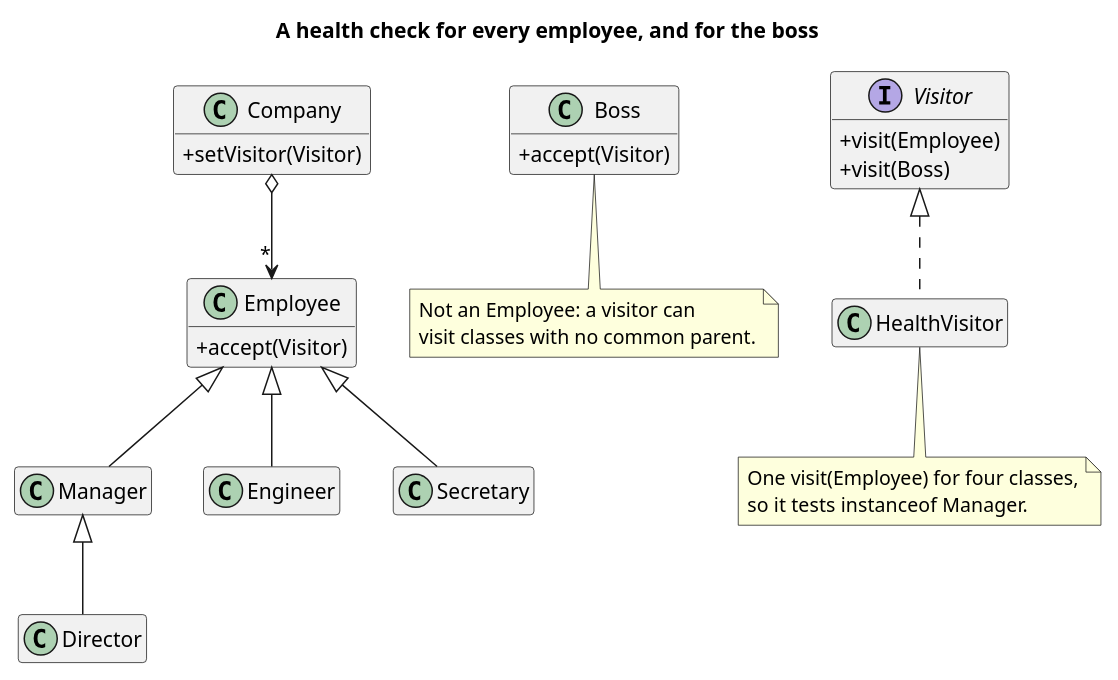
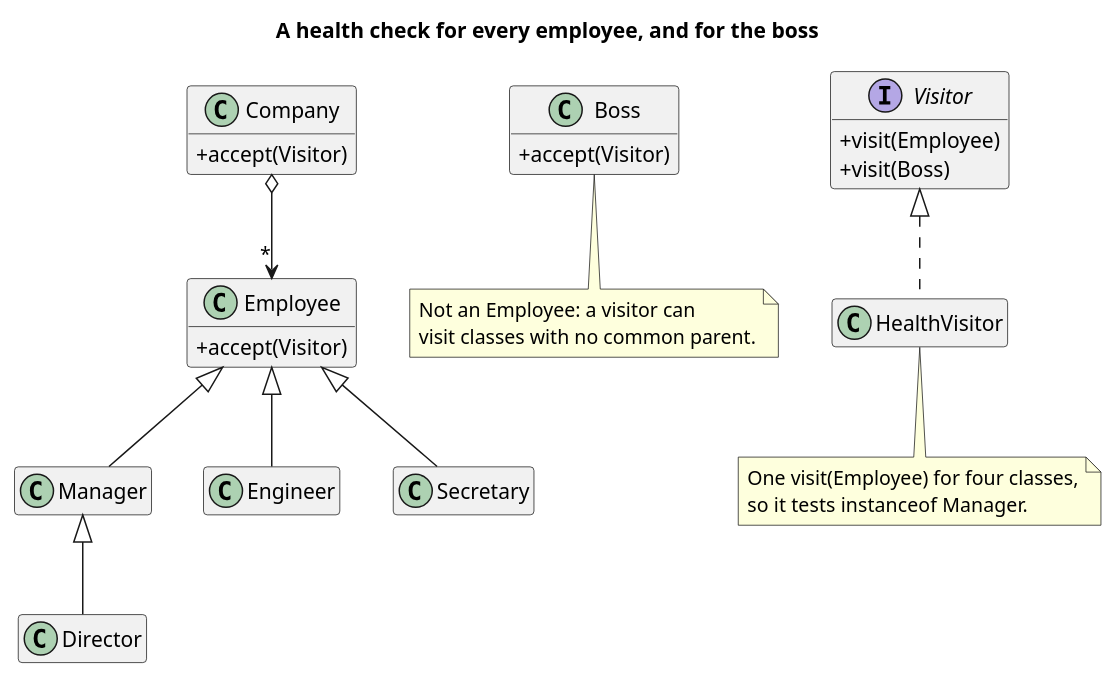
Before and after one commit to kaldiroglu/DesignPatternsWithJava: the diagram in src/main/java/dev/kaldiroglu/dp/behavioral/visitor/factory/uml/Visitor - Factory - Class Diagram.puml, drawn with PlantUML. The commit also changed 10 other files, not shown here.

```diff
--- a/src/main/java/dev/kaldiroglu/dp/behavioral/visitor/factory/uml/Visitor - Factory - Class Diagram.puml
+++ b/src/main/java/dev/kaldiroglu/dp/behavioral/visitor/factory/uml/Visitor - Factory - Class Diagram.puml
@@ -1,37 +1,37 @@
 @startuml "Visitor - Factory - Class Diagram"
 skinparam classAttributeIconSize 0
 hide empty members
 title A health check for every employee, and for the boss
 class Employee {
   + accept(Visitor)
 }
 class Manager
 class Director
 class Engineer
 class Secretary
 class Boss {
   + accept(Visitor)
 }
 interface Visitor {
   + visit(Employee)
   + visit(Boss)
 }
 class HealthVisitor
 class Company {
-  + setVisitor(Visitor)
+  + accept(Visitor)
 }
 Employee <|-- Manager
 Manager <|-- Director
 Employee <|-- Engineer
 Employee <|-- Secretary
 Visitor <|.. HealthVisitor
 Company o--> "*" Employee
 note bottom of Boss
   Not an Employee: a visitor can
   visit classes with no common parent.
 end note
 note bottom of HealthVisitor
   One visit(Employee) for four classes,
   so it tests instanceof Manager.
 end note
 @enduml
```
